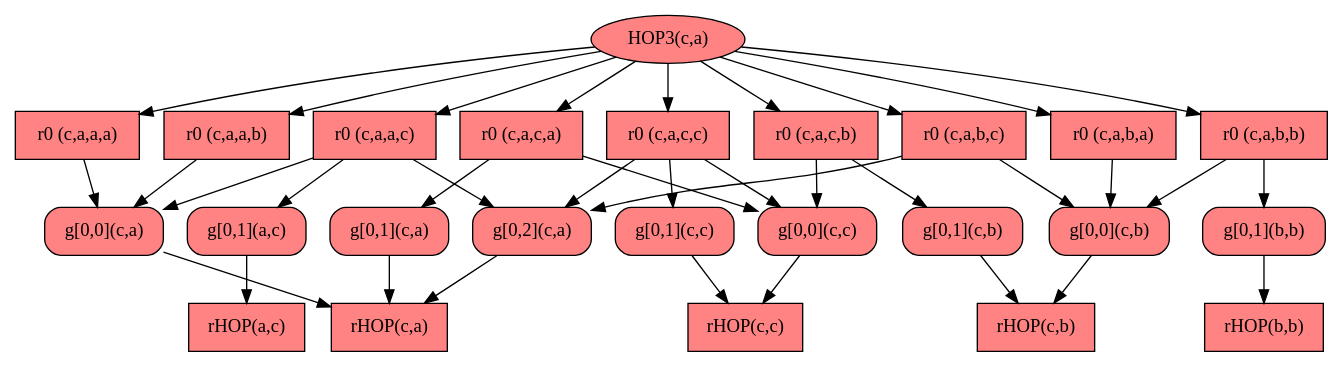
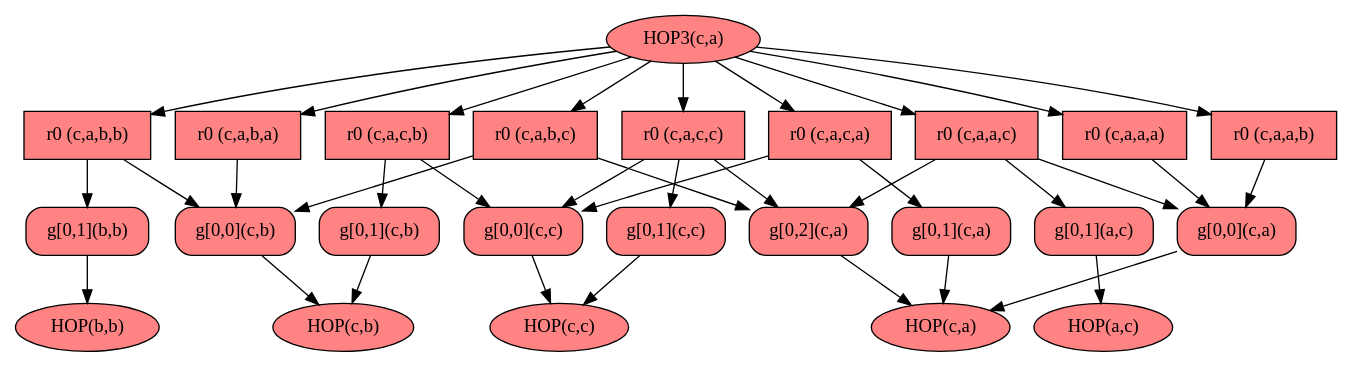
One commit to IITDBGroup/gprom changed the diagram in examples/datalogAndProvGraphs/graphs/ProvGraph_whynot_3hop_c_a.dot. Above: the diagram before and after it, drawn with Graphviz. The commit also changed 2 other files, not shown here.

Commit message:
update example whynot for 3hop

```diff
--- a/examples/datalogAndProvGraphs/graphs/ProvGraph_whynot_3hop_c_a.dot
+++ b/examples/datalogAndProvGraphs/graphs/ProvGraph_whynot_3hop_c_a.dot
@@ -1,99 +1,105 @@
 digraph
 {
 	rankdir="TB"
 
 	node [shape="box", style=filled, color=black, fillcolor="#CBFFCB"]
 
 
 	node [shape="box", style=filled, color=black, fillcolor="#FF8383"]
+RULE_0_LOST_c_a_b_a_ [label="r0 (c,a,b,a)", texlbl="$r_0(c,a,b,a)$"]
+RULE_0_LOST_c_a_a_a_ [label="r0 (c,a,a,a)", texlbl="$r_0(c,a,a,a)$"]
+RULE_0_LOST_c_a_c_c_ [label="r0 (c,a,c,c)", texlbl="$r_0(c,a,c,c)$"]
 RULE_0_LOST_c_a_a_c_ [label="r0 (c,a,a,c)", texlbl="$r_0(c,a,a,c)$"]
-RULE_0_LOST_c_a_c_c_ [label="r0 (c,a,c,c)", texlbl="$r_0(c,a,c,c)$"]
+RULE_0_LOST_c_a_c_b_ [label="r0 (c,a,c,b)", texlbl="$r_0(c,a,c,b)$"]
+RULE_0_LOST_c_a_b_b_ [label="r0 (c,a,b,b)", texlbl="$r_0(c,a,b,b)$"]
 RULE_0_LOST_c_a_b_c_ [label="r0 (c,a,b,c)", texlbl="$r_0(c,a,b,c)$"]
-RULE_0_LOST_c_a_b_b_ [label="r0 (c,a,b,b)", texlbl="$r_0(c,a,b,b)$"]
+RULE_0_LOST_c_a_a_b_ [label="r0 (c,a,a,b)", texlbl="$r_0(c,a,a,b)$"]
 RULE_0_LOST_c_a_c_a_ [label="r0 (c,a,c,a)", texlbl="$r_0(c,a,c,a)$"]
-RULE_0_LOST_c_a_c_b_ [label="r0 (c,a,c,b)", texlbl="$r_0(c,a,c,b)$"]
-RULE_0_LOST_c_a_a_a_ [label="r0 (c,a,a,a)", texlbl="$r_0(c,a,a,a)$"]
-RULE_0_LOST_c_a_a_b_ [label="r0 (c,a,a,b)", texlbl="$r_0(c,a,a,b)$"]
-RULE_0_LOST_c_a_b_a_ [label="r0 (c,a,b,a)", texlbl="$r_0(c,a,b,a)$"]
 
 
 	node [shape="box", style="rounded,filled", color=black, fillcolor="#CBFFCB"]
 
 
 	node [shape="box", style="rounded,filled", color=black, fillcolor="#FF8383"]
+GOAL_0_0_LOST_c_b_ [label="g[0,0](c,b)", texlbl="$g_{0}^{0}(c,b)$"]
 GOAL_0_0_LOST_c_a_ [label="g[0,0](c,a)", texlbl="$g_{0}^{0}(c,a)$"]
 GOAL_0_0_LOST_c_c_ [label="g[0,0](c,c)", texlbl="$g_{0}^{0}(c,c)$"]
-GOAL_0_0_LOST_c_b_ [label="g[0,0](c,b)", texlbl="$g_{0}^{0}(c,b)$"]
 GOAL_0_1_LOST_a_c_ [label="g[0,1](a,c)", texlbl="$g_{0}^{1}(a,c)$"]
-GOAL_0_1_LOST_c_c_ [label="g[0,1](c,c)", texlbl="$g_{0}^{1}(c,c)$"]
+GOAL_0_1_LOST_c_b_ [label="g[0,1](c,b)", texlbl="$g_{0}^{1}(c,b)$"]
+GOAL_0_2_LOST_c_a_ [label="g[0,2](c,a)", texlbl="$g_{0}^{2}(c,a)$"]
 GOAL_0_1_LOST_b_b_ [label="g[0,1](b,b)", texlbl="$g_{0}^{1}(b,b)$"]
 GOAL_0_1_LOST_c_a_ [label="g[0,1](c,a)", texlbl="$g_{0}^{1}(c,a)$"]
-GOAL_0_1_LOST_c_b_ [label="g[0,1](c,b)", texlbl="$g_{0}^{1}(c,b)$"]
-GOAL_0_2_LOST_c_a_ [label="g[0,2](c,a)", texlbl="$g_{0}^{2}(c,a)$"]
+GOAL_0_1_LOST_c_c_ [label="g[0,1](c,c)", texlbl="$g_{0}^{1}(c,c)$"]
 
 
 	node [shape="ellipse", style=filled, color=black, fillcolor="#CBFFCB"]
 
 
 	node [shape="ellipse", style=filled, color=black, fillcolor="#FF8383"]
+REL_HOP_LOST_c_a_ [label="HOP(c,a)", texlbl="$HOP(c,a)$"]
 REL_HOP3_LOST_c_a_ [label="HOP3(c,a)", texlbl="$HOP3(c,a)$"]
+REL_HOP_LOST_c_c_ [label="HOP(c,c)", texlbl="$HOP(c,c)$"]
+REL_HOP_LOST_b_b_ [label="HOP(b,b)", texlbl="$HOP(b,b)$"]
+REL_HOP_LOST_c_b_ [label="HOP(c,b)", texlbl="$HOP(c,b)$"]
+REL_HOP_LOST_a_c_ [label="HOP(a,c)", texlbl="$HOP(a,c)$"]
 
 
 	node [shape="ellipse", style=filled, color=black, fillcolor="#CBFFCB"]
 
 
 	node [shape="ellipse", style=filled, color=black, fillcolor="#FF8383"]
 
 
 	node [shape="box", style=filled, color=black, fillcolor="#CBFFCB"]
 
 
 	node [shape="box", style=filled, color=black, fillcolor="#FF8383"]
-EDB_rHOP_LOST_c_a_ [label="rHOP(c,a)", texlbl="$rHOP(c,a)$"]
-EDB_rHOP_LOST_c_c_ [label="rHOP(c,c)", texlbl="$rHOP(c,c)$"]
-EDB_rHOP_LOST_c_b_ [label="rHOP(c,b)", texlbl="$rHOP(c,b)$"]
-EDB_rHOP_LOST_a_c_ [label="rHOP(a,c)", texlbl="$rHOP(a,c)$"]
-EDB_rHOP_LOST_b_b_ [label="rHOP(b,b)", texlbl="$rHOP(b,b)$"]
+
+
+	node [shape="ellipse", style=filled, color=black, fillcolor="#CBFFCB"]
+
+
+	node [shape="ellipse", style=filled, color=black, fillcolor="#FF8383"]
 
 
 	node [shape="point"]
 
 
 	node [shape="square", width=0.011, height=0.011, fillcolor=black]
+	RULE_0_LOST_c_a_b_a_ -> GOAL_0_0_LOST_c_b_
+	RULE_0_LOST_c_a_a_a_ -> GOAL_0_0_LOST_c_a_
+	RULE_0_LOST_c_a_c_c_ -> GOAL_0_0_LOST_c_c_
+	RULE_0_LOST_c_a_a_c_ -> GOAL_0_1_LOST_a_c_
+	RULE_0_LOST_c_a_c_b_ -> GOAL_0_1_LOST_c_b_
+	RULE_0_LOST_c_a_a_c_ -> GOAL_0_2_LOST_c_a_
+	GOAL_0_2_LOST_c_a_ -> REL_HOP_LOST_c_a_
+	REL_HOP3_LOST_c_a_ -> RULE_0_LOST_c_a_c_b_
+	REL_HOP3_LOST_c_a_ -> RULE_0_LOST_c_a_c_c_
+	RULE_0_LOST_c_a_b_b_ -> GOAL_0_1_LOST_b_b_
+	RULE_0_LOST_c_a_b_c_ -> GOAL_0_0_LOST_c_b_
+	RULE_0_LOST_c_a_a_b_ -> GOAL_0_0_LOST_c_a_
+	GOAL_0_1_LOST_c_a_ -> REL_HOP_LOST_c_a_
+	GOAL_0_1_LOST_c_c_ -> REL_HOP_LOST_c_c_
+	REL_HOP3_LOST_c_a_ -> RULE_0_LOST_c_a_a_b_
+	RULE_0_LOST_c_a_b_b_ -> GOAL_0_0_LOST_c_b_
+	RULE_0_LOST_c_a_c_b_ -> GOAL_0_0_LOST_c_c_
+	RULE_0_LOST_c_a_c_a_ -> GOAL_0_1_LOST_c_a_
+	RULE_0_LOST_c_a_b_c_ -> GOAL_0_2_LOST_c_a_
+	REL_HOP3_LOST_c_a_ -> RULE_0_LOST_c_a_b_a_
+	RULE_0_LOST_c_a_a_c_ -> GOAL_0_0_LOST_c_a_
+	REL_HOP3_LOST_c_a_ -> RULE_0_LOST_c_a_b_c_
+	RULE_0_LOST_c_a_c_c_ -> GOAL_0_2_LOST_c_a_
+	REL_HOP3_LOST_c_a_ -> RULE_0_LOST_c_a_b_b_
+	GOAL_0_0_LOST_c_a_ -> REL_HOP_LOST_c_a_
+	GOAL_0_1_LOST_b_b_ -> REL_HOP_LOST_b_b_
+	REL_HOP3_LOST_c_a_ -> RULE_0_LOST_c_a_c_a_
 	REL_HOP3_LOST_c_a_ -> RULE_0_LOST_c_a_a_c_
-	REL_HOP3_LOST_c_a_ -> RULE_0_LOST_c_a_c_c_
-	RULE_0_LOST_c_a_a_c_ -> GOAL_0_0_LOST_c_a_
-	RULE_0_LOST_c_a_c_c_ -> GOAL_0_0_LOST_c_c_
-	RULE_0_LOST_c_a_b_c_ -> GOAL_0_0_LOST_c_b_
-	RULE_0_LOST_c_a_b_b_ -> GOAL_0_0_LOST_c_b_
 	RULE_0_LOST_c_a_c_a_ -> GOAL_0_0_LOST_c_c_
-	RULE_0_LOST_c_a_c_b_ -> GOAL_0_0_LOST_c_c_
-	RULE_0_LOST_c_a_a_a_ -> GOAL_0_0_LOST_c_a_
-	RULE_0_LOST_c_a_a_b_ -> GOAL_0_0_LOST_c_a_
-	RULE_0_LOST_c_a_b_a_ -> GOAL_0_0_LOST_c_b_
-	GOAL_0_0_LOST_c_a_ -> EDB_rHOP_LOST_c_a_
-	GOAL_0_0_LOST_c_c_ -> EDB_rHOP_LOST_c_c_
-	GOAL_0_0_LOST_c_b_ -> EDB_rHOP_LOST_c_b_
-	RULE_0_LOST_c_a_a_c_ -> GOAL_0_1_LOST_a_c_
+	GOAL_0_0_LOST_c_c_ -> REL_HOP_LOST_c_c_
+	GOAL_0_0_LOST_c_b_ -> REL_HOP_LOST_c_b_
+	GOAL_0_1_LOST_c_b_ -> REL_HOP_LOST_c_b_
 	RULE_0_LOST_c_a_c_c_ -> GOAL_0_1_LOST_c_c_
-	RULE_0_LOST_c_a_b_b_ -> GOAL_0_1_LOST_b_b_
-	RULE_0_LOST_c_a_c_a_ -> GOAL_0_1_LOST_c_a_
-	RULE_0_LOST_c_a_c_b_ -> GOAL_0_1_LOST_c_b_
-	GOAL_0_1_LOST_a_c_ -> EDB_rHOP_LOST_a_c_
-	GOAL_0_1_LOST_c_c_ -> EDB_rHOP_LOST_c_c_
-	GOAL_0_1_LOST_b_b_ -> EDB_rHOP_LOST_b_b_
-	GOAL_0_1_LOST_c_a_ -> EDB_rHOP_LOST_c_a_
-	GOAL_0_1_LOST_c_b_ -> EDB_rHOP_LOST_c_b_
-	REL_HOP3_LOST_c_a_ -> RULE_0_LOST_c_a_b_c_
-	RULE_0_LOST_c_a_a_c_ -> GOAL_0_2_LOST_c_a_
-	RULE_0_LOST_c_a_c_c_ -> GOAL_0_2_LOST_c_a_
-	RULE_0_LOST_c_a_b_c_ -> GOAL_0_2_LOST_c_a_
-	GOAL_0_2_LOST_c_a_ -> EDB_rHOP_LOST_c_a_
-	REL_HOP3_LOST_c_a_ -> RULE_0_LOST_c_a_b_b_
-	REL_HOP3_LOST_c_a_ -> RULE_0_LOST_c_a_c_a_
-	REL_HOP3_LOST_c_a_ -> RULE_0_LOST_c_a_c_b_
+	GOAL_0_1_LOST_a_c_ -> REL_HOP_LOST_a_c_
 	REL_HOP3_LOST_c_a_ -> RULE_0_LOST_c_a_a_a_
-	REL_HOP3_LOST_c_a_ -> RULE_0_LOST_c_a_a_b_
-	REL_HOP3_LOST_c_a_ -> RULE_0_LOST_c_a_b_a_
 
 }
```
